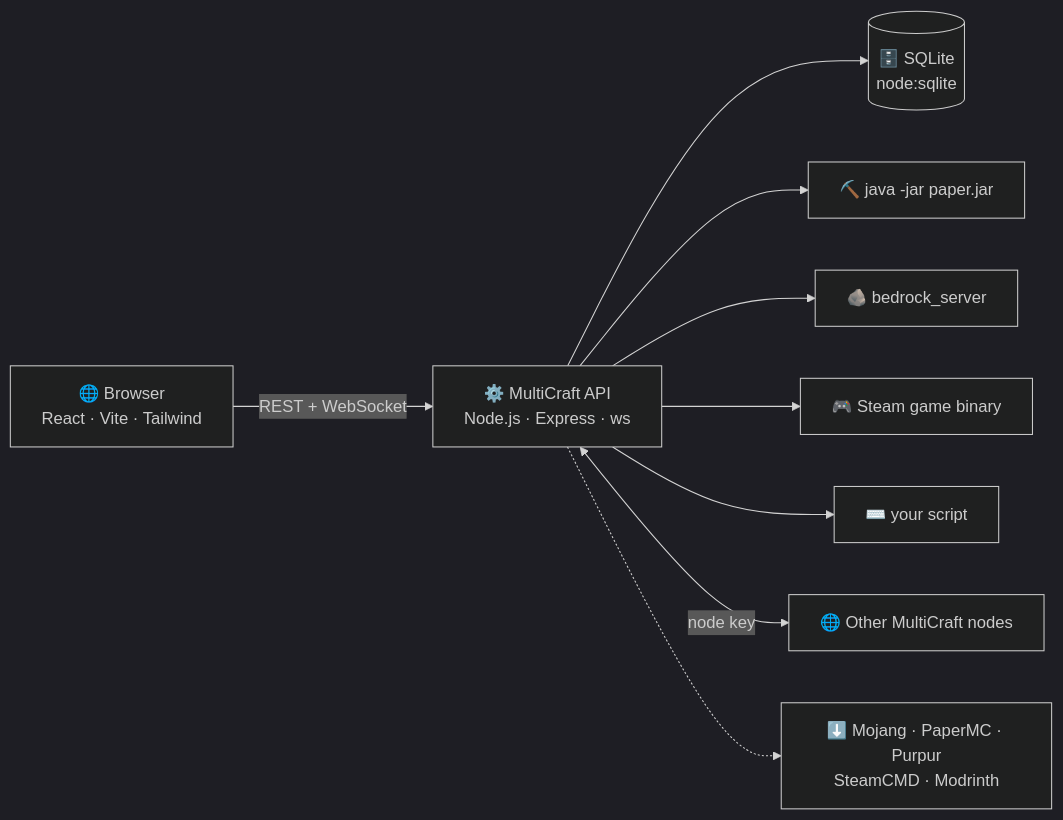
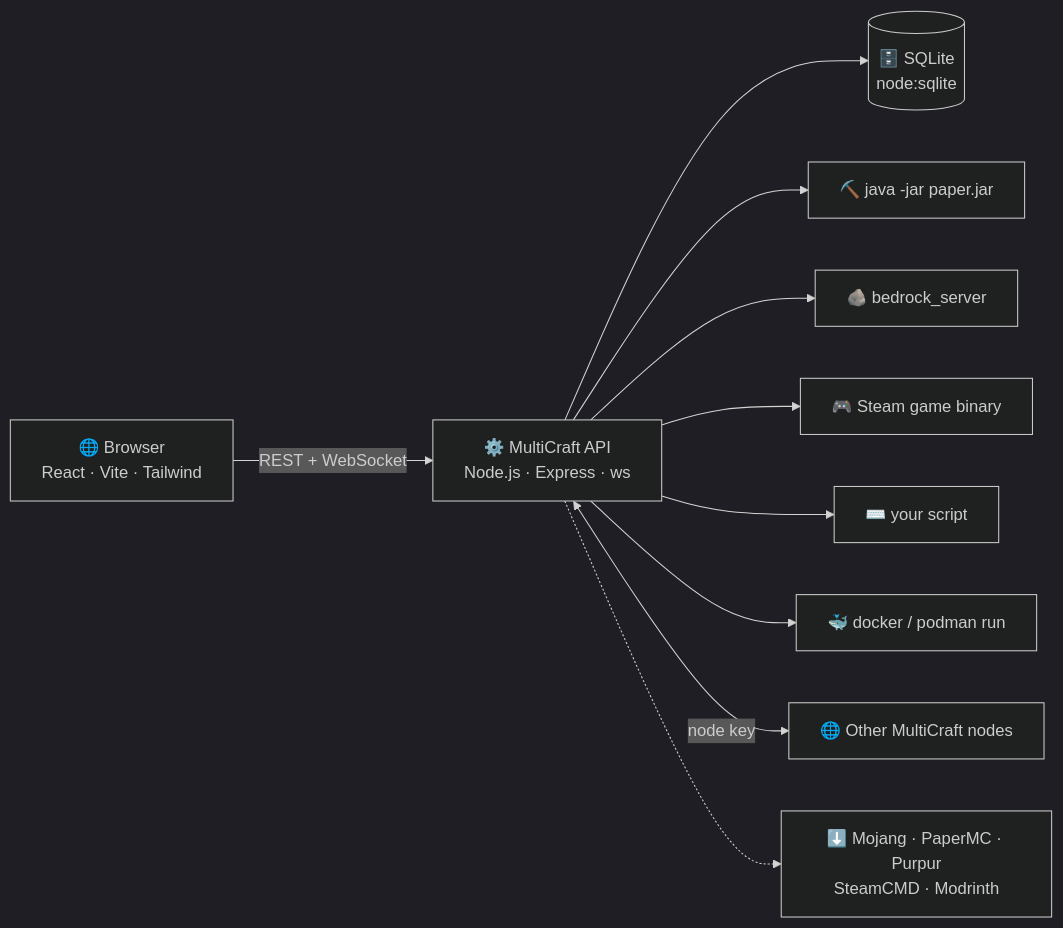
One commit to niruxx/MultiCraft changed the diagram in README.md. Above: the diagram before and after it, drawn with Mermaid (dark theme). The commit also changed other lines of this file and 41 other files, not shown here.

````diff
--- a/README.md
+++ b/README.md
@@ -417,11 +516,12 @@
 ```mermaid
 flowchart LR
   B["🌐 Browser<br/>React · Vite · Tailwind"] -- "REST + WebSocket" --> P["⚙️ MultiCraft API<br/>Node.js · Express · ws"]
   P --> DB[("🗄️ SQLite<br/>node:sqlite")]
   P --> S1["⛏️ java -jar paper.jar"]
   P --> S2["🪨 bedrock_server"]
   P --> S3["🎮 Steam game binary"]
   P --> S4["⌨️ your script"]
+  P --> S5["🐳 docker / podman run"]
   P <-->|node key| N["🌐 Other MultiCraft nodes"]
   P -.-> X["⬇️ Mojang · PaperMC · Purpur<br/>SteamCMD · Modrinth"]
 ```
````
